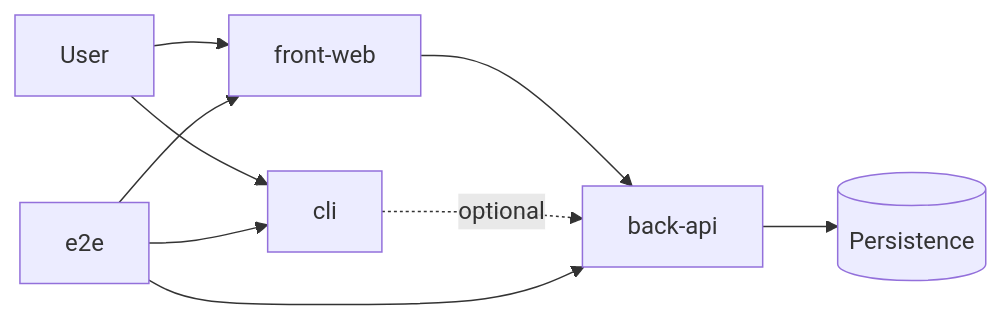
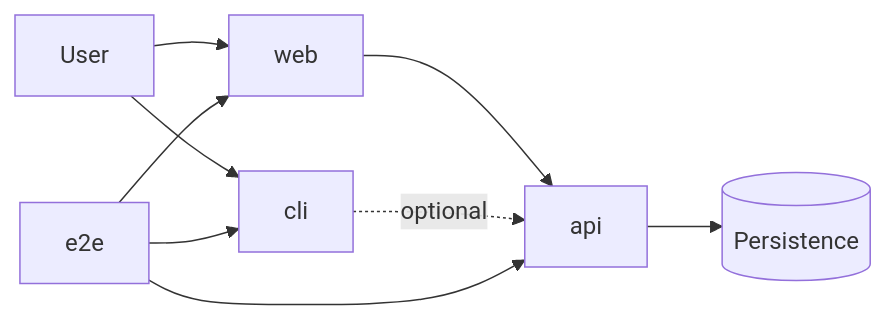
One commit to AIDDbot/AIDDbot changed the diagram in docs/principles/system.md. Above: the diagram before and after it, drawn with Mermaid. The commit also changed other lines of this file and 14 other files, not shown here.

First line of the commit message:
refactor(skills): name the project types api, web, cli and e2e (Halloween D17)

````diff
--- a/docs/principles/system.md
+++ b/docs/principles/system.md
@@ -9,11 +9,11 @@
 ```mermaid
 flowchart LR
     USER[User] --> CLI[cli]
-    USER --> FRONT[front-web]
-    FRONT --> BACK[back-api]
-    CLI -. optional .-> BACK
-    BACK --> DATA[(Persistence)]
-    E2E[e2e] --> FRONT
-    E2E --> BACK
+    USER --> WEB[web]
+    WEB --> API[api]
+    CLI -. optional .-> API
+    API --> DATA[(Persistence)]
+    E2E[e2e] --> WEB
+    E2E --> API
     E2E --> CLI
 ```
````
